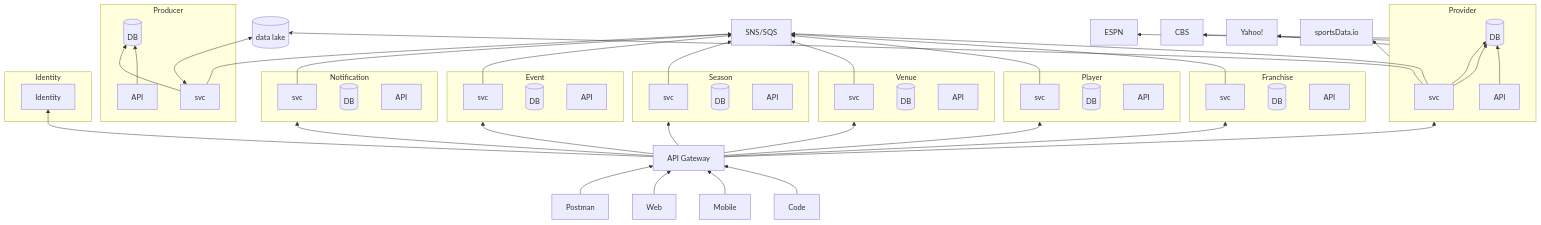
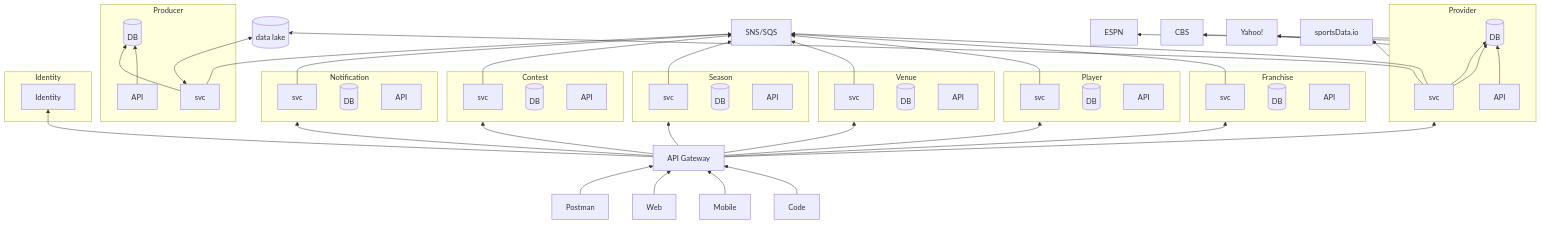
One commit to jrandallsexton/sports-data-core changed the second of 2 diagrams in README.md. Above: the diagram before and after it, drawn with Mermaid. The commit also changed other lines of this file, not shown here.

Commit message:
update mermaid

```diff
--- a/README.md
+++ b/README.md
@@ -90,10 +90,10 @@
         NDB[(DB)]
         NAPI[API]
     end
-    subgraph Event
-        E[svc]
-        EDB[(DB)]
-        EAPI[API]
+    subgraph Contest
+        C[svc]
+        CDB[(DB)]
+        CAPI[API]
     end
     subgraph Season
         S[svc]
@@ -131,13 +131,13 @@
     PV-->M
     PD-->M
     N-->M
-    E-->M
+    C-->M
     S-->M
     V-->M
     PL-->M
     FR-->M
     API-->Provider
-    API-->Event
+    API-->Contest
     API-->Season
     API-->Venue
     API-->Player
```
